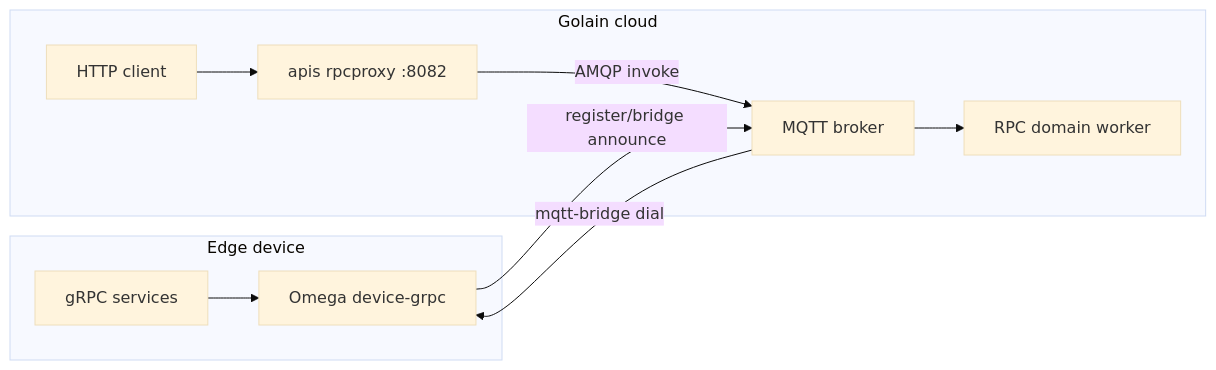
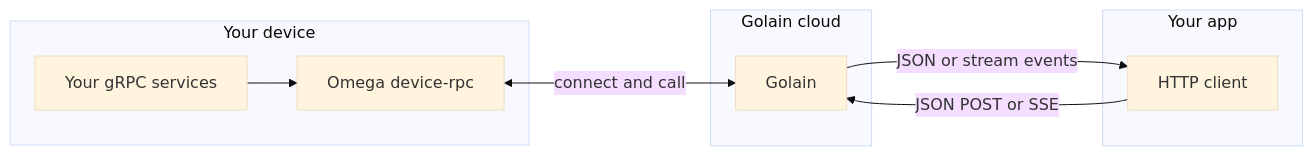
One commit to golain-io/docs changed the diagram in edge/device-rpc/overview.mdx. Above: the diagram before and after it, drawn with Mermaid (base theme). The commit also changed other lines of this file and 10 other files, not shown here.

First line of the commit message:
docs(edge): rename Device RPC and document RPC host plus SSE streams

````diff
--- a/edge/device-rpc/overview.mdx
+++ b/edge/device-rpc/overview.mdx
@@ -20,18 +20,17 @@
 ```mermaid
 flowchart LR
-  subgraph device [Edge device]
-    GRPC[gRPC services]
-    DG[Omega device-grpc]
-    GRPC --> DG
+  subgraph device [Your device]
+    App[Your gRPC services]
+    Omega[Omega device-rpc]
+    App --> Omega
   end
   subgraph cloud [Golain cloud]
-    B[MQTT broker]
-    W[RPC domain worker]
-    P[apis rpcproxy :8082]
-    DG -->|register/bridge announce| B
-    B --> W
-    Client[HTTP client] --> P
-    P -->|AMQP invoke| B
-    B -->|mqtt-bridge dial| DG
+    Golain[Golain]
   end
+  subgraph caller [Your app]
+    HTTP[HTTP client]
+  end
+  Omega <-->|connect and call| Golain
+  HTTP -->|JSON POST or SSE| Golain
+  Golain -->|JSON or stream events| HTTP
 ```
````
